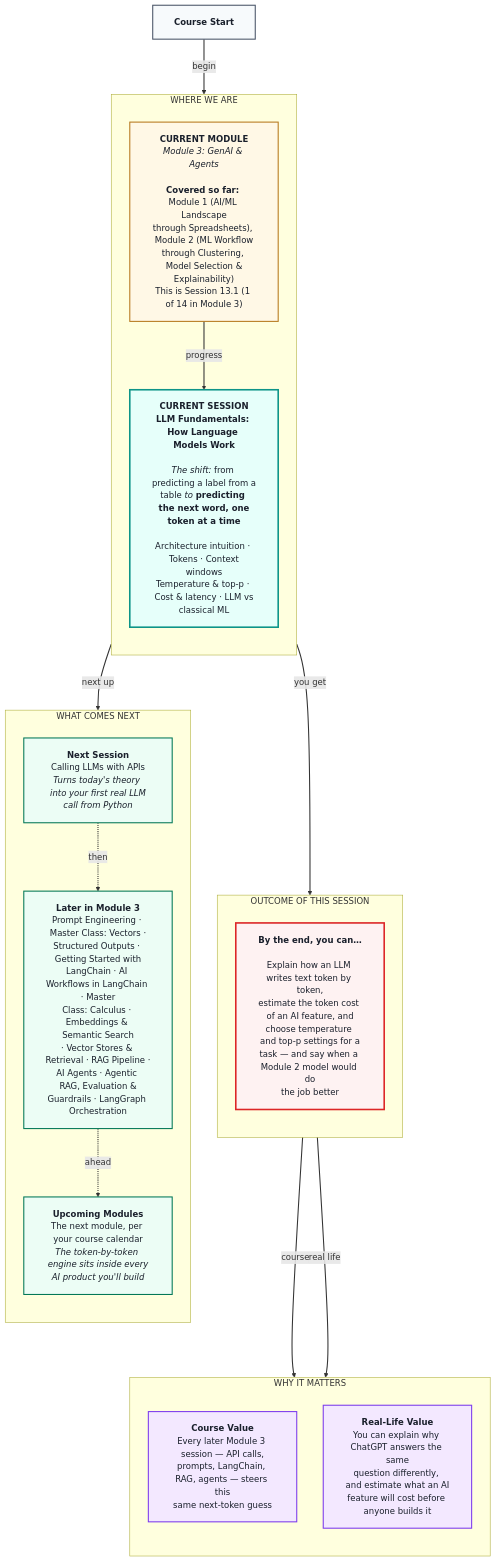
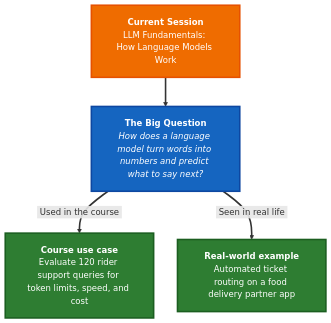
Before and after one commit to MohammedAliazhar/azhar-curriculum: the diagram in IITR-AIML-TA-I-2606/module-03-genai-and-agents/lecture-01-llm-fundamentals-how-language-models-work/pre-read.md, drawn with Mermaid. The commit also changed other lines of this file and 100 other files, not shown here.

````diff
--- a/IITR-AIML-TA-I-2606/module-03-genai-and-agents/lecture-01-llm-fundamentals-how-language-models-work/pre-read.md
+++ b/IITR-AIML-TA-I-2606/module-03-genai-and-agents/lecture-01-llm-fundamentals-how-language-models-work/pre-read.md
@@ -5,55 +5,22 @@
 ```mermaid
-%%{init: {'flowchart': {'htmlLabels': true, 'nodeSpacing': 50, 'rankSpacing': 80, 'padding': 20}}}%%
+%%{init: {'flowchart': {'nodeSpacing': 45, 'rankSpacing': 55, 'padding': 20}}}%%
 flowchart TB
+  CUR["<b>Current Session</b><br/>LLM Fundamentals: How Language Models Work"]
+  Q["<b>The Big Question</b><br/><i>How does a language model turn words into numbers and predict what to say next?</i>"]
+  CV["<b>Course use case</b><br/>Evaluate 120 rider support queries for token limits, speed, and cost"]
+  RL["<b>Real-world example</b><br/>Automated ticket routing on a food delivery partner app"]
 
-START["<b>Course Start</b>"]
+  CUR ==> Q
+  Q ==>|&nbsp;Used in the course&nbsp;| CV
+  Q ==>|&nbsp;Seen in real life&nbsp;| RL
 
-subgraph foundation[" WHERE WE ARE "]
-direction TB
-    CURMOD["<b>CURRENT MODULE</b><br/><i>Module 3: GenAI &amp; Agents</i><br/>&nbsp;<br/><b>Covered so far:</b> Module 1 (AI/ML Landscape<br/>through Spreadsheets), Module 2 (ML Workflow<br/>through Clustering, Model Selection &amp;<br/>Explainability)<br/>This is Session 13.1 (1 of 14 in Module 3)"]
-    CURSES["<b>CURRENT SESSION</b><br/><b>LLM Fundamentals: How Language Models Work</b><br/>&nbsp;<br/><i>The shift:</i> from predicting a label from a<br/>table <i>to</i> <b>predicting the next word, one<br/>token at a time</b><br/>&nbsp;<br/>Architecture intuition · Tokens · Context<br/>windows<br/>Temperature &amp; top-p · Cost &amp; latency · LLM vs<br/>classical ML"]
-end
+  classDef currSes fill:#ef6c00,stroke:#e65100,color:#ffffff,stroke-width:3px
+  classDef ask fill:#1565c0,stroke:#0d47a1,color:#ffffff,stroke-width:3px
+  classDef val fill:#2e7d32,stroke:#1b5e20,color:#ffffff,stroke-width:3px
 
-subgraph outcome[" OUTCOME OF THIS SESSION "]
-direction TB
-    OUT["<b>By the end, you can…</b><br/>&nbsp;<br/>Explain how an LLM writes text token by token,<br/>estimate the token cost of an AI feature, and<br/>choose temperature and top-p settings for a<br/>task — and say when a Module 2 model would do<br/>the job better"]
-end
+  class CUR currSes
+  class Q ask
+  class CV,RL val
 
-subgraph value[" WHY IT MATTERS "]
-direction TB
-    CVAL["<b>Course Value</b><br/>Every later Module 3 session — API calls,<br/>prompts, LangChain, RAG, agents — steers this<br/>same next-token guess"]
-    RVAL["<b>Real-Life Value</b><br/>You can explain why ChatGPT answers the same<br/>question differently, and estimate what an AI<br/>feature will cost before anyone builds it"]
-end
-
-subgraph future[" WHAT COMES NEXT "]
-direction TB
-    U0["<b>Next Session</b><br/>Calling LLMs with APIs<br/><i>Turns today's theory into your first real LLM<br/>call from Python</i>"]
-    U1["<b>Later in Module 3</b><br/>Prompt Engineering · Master Class: Vectors ·<br/>Structured Outputs · Getting Started with<br/>LangChain · AI Workflows in LangChain · Master<br/>Class: Calculus · Embeddings &amp; Semantic Search<br/>· Vector Stores &amp; Retrieval · RAG Pipeline ·<br/>AI Agents · Agentic RAG, Evaluation &amp;<br/>Guardrails · LangGraph Orchestration"]
-    U2["<b>Upcoming Modules</b><br/>The next module, per your course calendar<br/><i>The token-by-token engine sits inside every<br/>AI product you'll build</i>"]
-end
-
-START ==>|" begin "| CURMOD
-CURMOD ==>|" progress "| CURSES
-CURSES ==>|" you get "| OUT
-OUT ==>|" course "| CVAL
-OUT ==>|" real life "| RVAL
-CURSES ==>|" next up "| U0
-U0 -.->|" then "| U1
-U1 -.->|" ahead "| U2
-
-classDef startBox fill:#F7FAFC,stroke:#4A5568,stroke-width:2px,color:#1A202C
-classDef curModBox fill:#FFF8E6,stroke:#B7791F,stroke-width:2px,color:#1A202C
-classDef curSessBox fill:#E6FFFA,stroke:#0D9488,stroke-width:3px,color:#1A202C
-classDef outBox fill:#FEF2F2,stroke:#DC2626,stroke-width:3px,color:#1A202C
-classDef valueBox fill:#F3E8FF,stroke:#7C3AED,stroke-width:2px,color:#1A202C
-classDef futureBox fill:#ECFDF5,stroke:#047857,stroke-width:2px,color:#1A202C
-
-class START startBox
-class CURMOD curModBox
-class CURSES curSessBox
-class OUT outBox
-class CVAL,RVAL valueBox
-class U0,U1,U2 futureBox
-
-linkStyle default stroke-width:2px
+  linkStyle default stroke-width:3px
 ```
````
